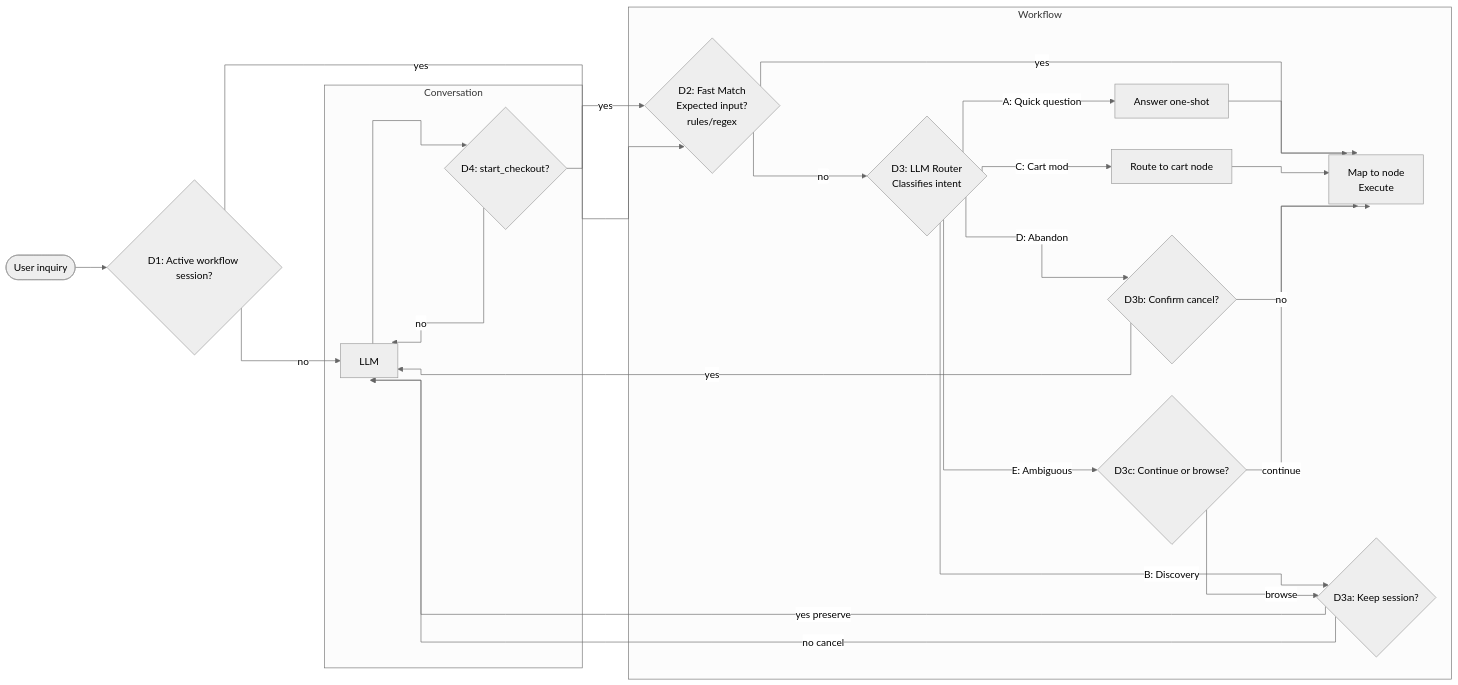
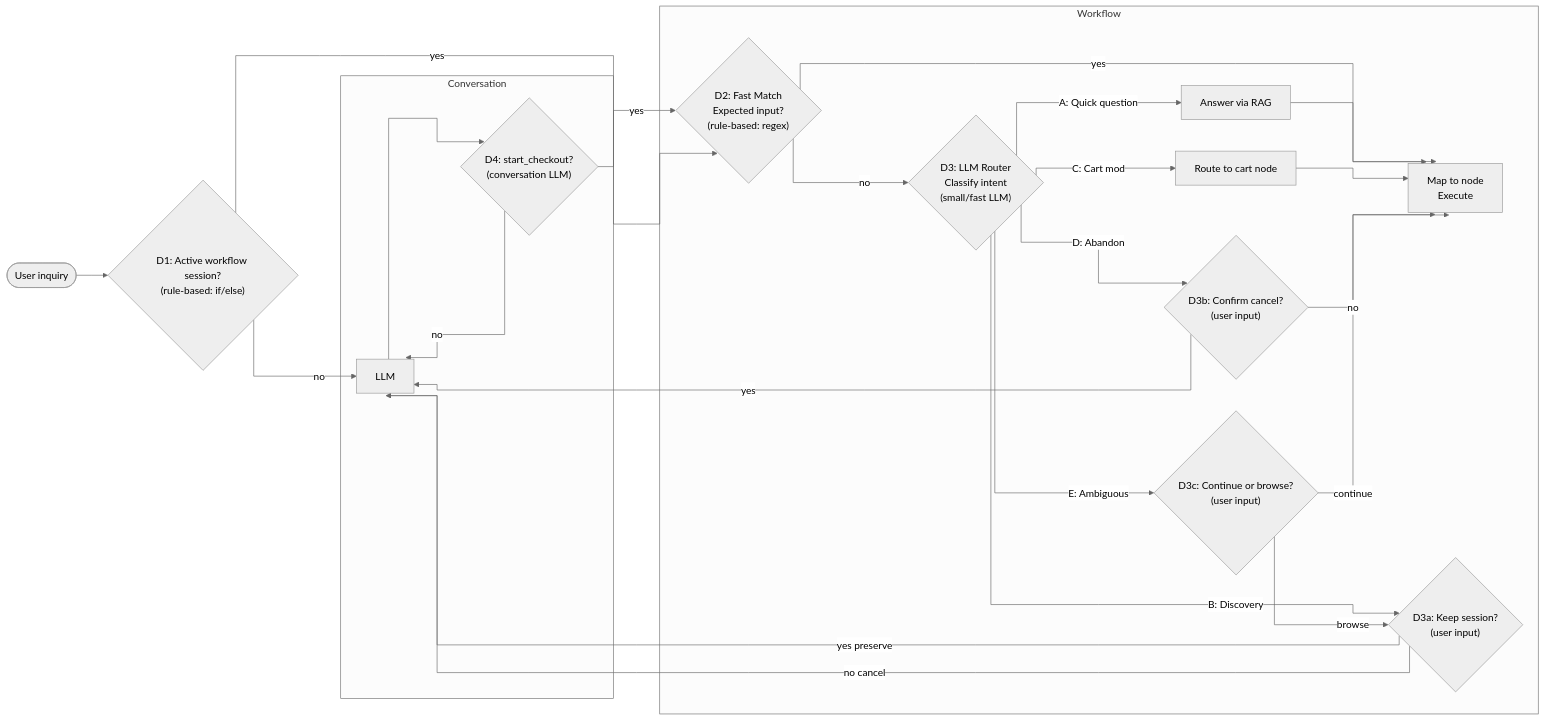
The first of 3 diagrams in understanding/design/orchestrator-design.md (zhuohanl/agentic-commerce-protocol-demo), drawn with Mermaid (neutral theme) before and after one commit. The commit also changed other lines of this file, not shown here.

````diff
--- a/understanding/design/orchestrator-design.md
+++ b/understanding/design/orchestrator-design.md
@@ -66,41 +98,41 @@
 ```mermaid
 %%{init: {'flowchart': {'curve': 'stepBefore'}}}%%
 flowchart LR
 
-A([User inquiry]) --> B{"D1: Active workflow session?"}
+A([User inquiry]) --> B{"D1: Active workflow session?<br/>(rule-based: if/else)"}
 
 %% NO PATH
 B -- no --> F
 
 subgraph Conversation
-F[LLM] --> G{"D4: start_checkout?"}
+F[LLM] --> G{"D4: start_checkout?<br/>(conversation LLM)"}
 G -- no --> F
 end
 
 G -- yes --> C
 
 %% YES PATH
 B -- yes --> C
 
 subgraph Workflow
-C{"D2: Fast Match<br/>Expected input?<br/>rules/regex"}
+C{"D2: Fast Match<br/>Expected input?<br/>(rule-based: regex)"}
 C -- yes --> D[Map to node<br/>Execute]
-C -- no --> E{"D3: LLM Router<br/>Classifies intent"}
+C -- no --> E{"D3: LLM Router<br/>Classify intent<br/>(small/fast LLM)"}
 
-E -- A: Quick question --> QA[Answer one-shot]
-E -- B: Discovery --> KB{"D3a: Keep session?"}
+E -- A: Quick question --> QA[Answer via RAG]
+E -- B: Discovery --> KB{"D3a: Keep session?<br/>(user input)"}
 E -- C: Cart mod --> CM[Route to cart node]
-E -- D: Abandon --> AB{"D3b: Confirm cancel?"}
-E -- E: Ambiguous --> AM{"D3c: Continue or browse?"}
+E -- D: Abandon --> AB{"D3b: Confirm cancel?<br/>(user input)"}
+E -- E: Ambiguous --> AM{"D3c: Continue or browse?<br/>(user input)"}
 end
 
 QA --> D
 CM --> D
 AB -- no --> D
 AM -- continue --> D
 
 KB -- yes preserve --> F
 KB -- no cancel --> F
 AB -- yes --> F
 AM -- browse --> KB
 ```
````
